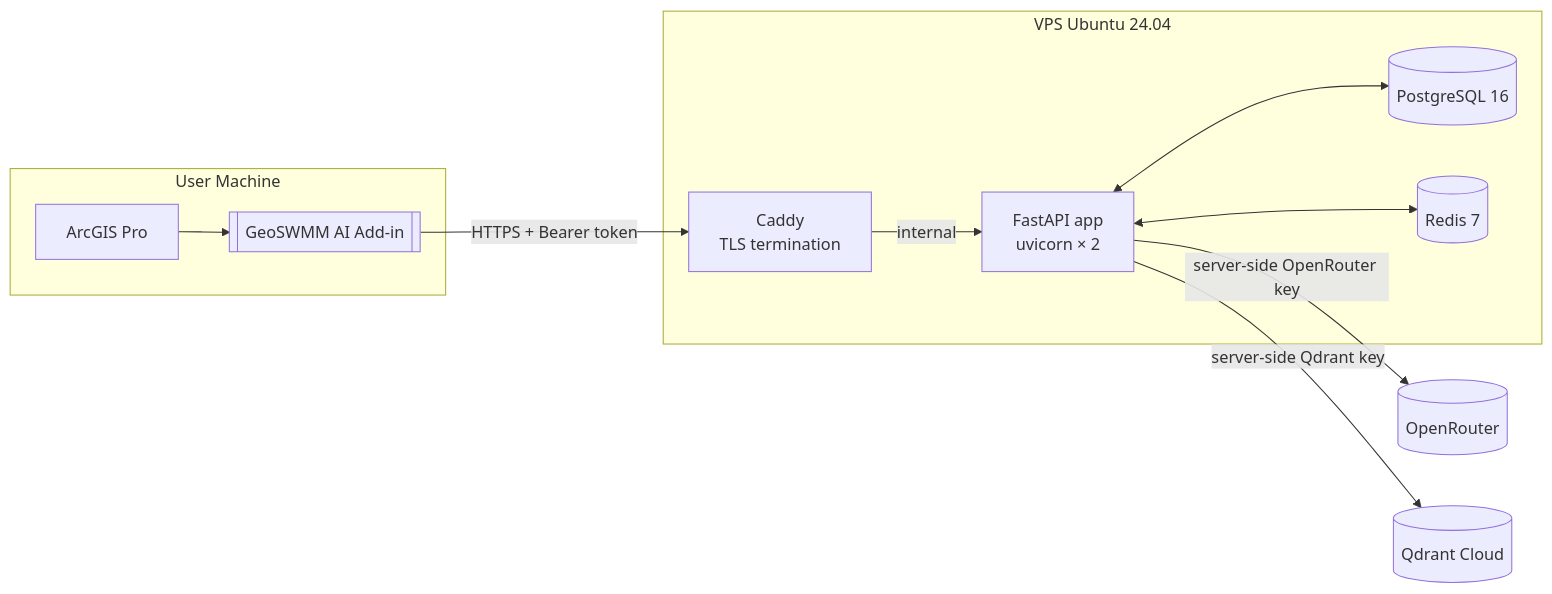
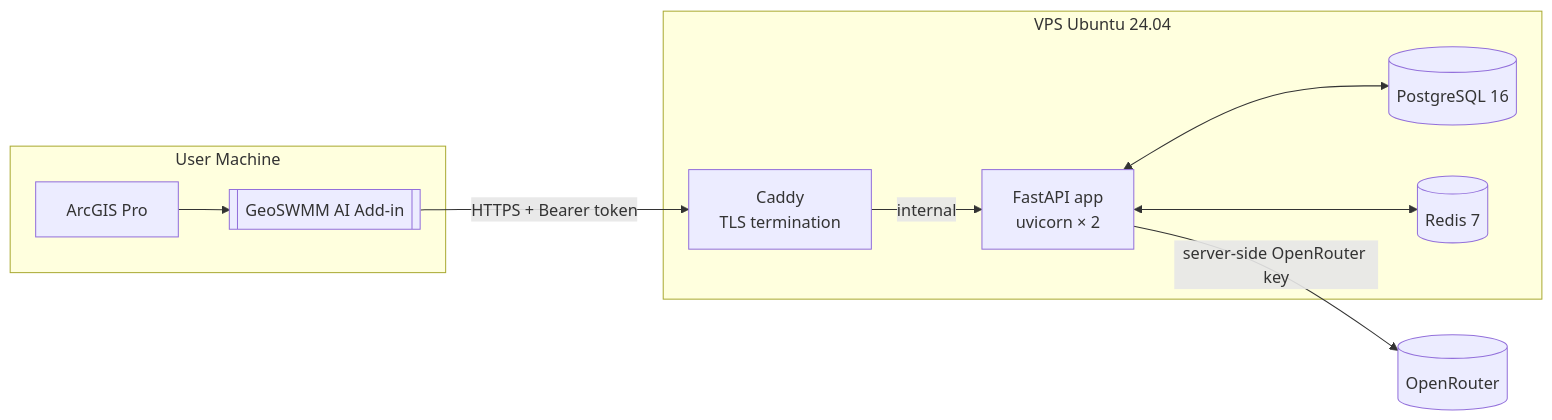
Before and after one commit to amirhamza05/Ai-Agent-Gateway: the first of 2 diagrams in GatewayServerPlan.md, drawn with Mermaid. The commit also changed other lines of this file and 21 other files, not shown here.

````diff
--- a/GatewayServerPlan.md
+++ b/GatewayServerPlan.md
@@ -44,25 +45,23 @@
 ```mermaid
 flowchart LR
     subgraph User Machine
       Pro[ArcGIS Pro]
       AddIn[[GeoSWMM AI Add-in]]
     end
 
     subgraph VPS Ubuntu 24.04
       Caddy[Caddy<br/>TLS termination]
       App[FastAPI app<br/>uvicorn × 2]
       PG[(PostgreSQL 16)]
       RD[(Redis 7)]
     end
 
     OR[(OpenRouter)]
-    QD[(Qdrant Cloud)]
 
     Pro --> AddIn
     AddIn -- HTTPS + Bearer token --> Caddy
     Caddy -- internal --> App
     App <--> PG
     App <--> RD
     App -- server-side OpenRouter key --> OR
-    App -- server-side Qdrant key --> QD
 ```
````
